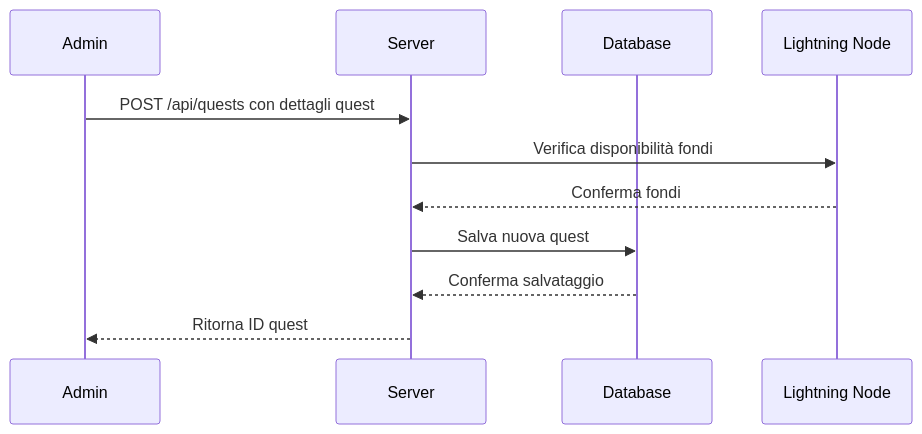
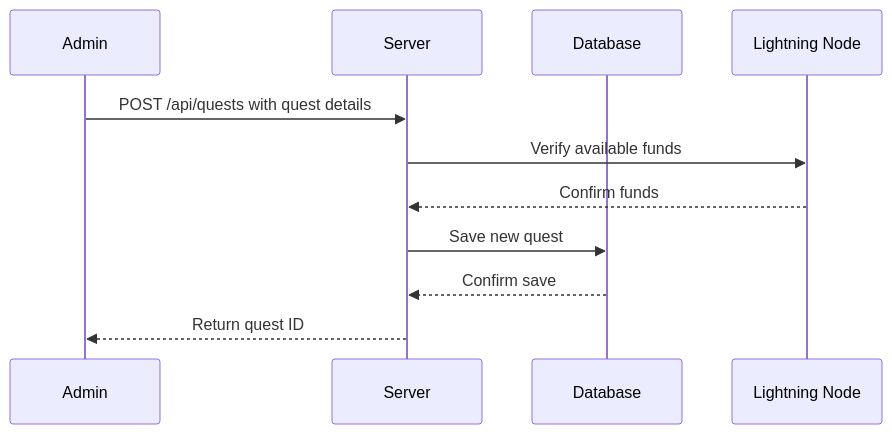
The first of 4 diagrams in README.md (ElysiumLab/plan-b-tech-school-assignment), drawn with Mermaid before and after one commit. The commit also changed other lines of this file and 1 other file, not shown here.

````diff
--- a/README.md
+++ b/README.md
@@ -24,14 +24,14 @@
 ```mermaid
 sequenceDiagram
     participant A as Admin
     participant S as Server
     participant DB as Database
     participant LN as Lightning Node
 
-    A->>S: POST /api/quests con dettagli quest
-    S->>LN: Verifica disponibilità fondi
-    LN-->>S: Conferma fondi
-    S->>DB: Salva nuova quest
-    DB-->>S: Conferma salvataggio
-    S-->>A: Ritorna ID quest
+    A->>S: POST /api/quests with quest details
+    S->>LN: Verify available funds
+    LN-->>S: Confirm funds
+    S->>DB: Save new quest
+    DB-->>S: Confirm save
+    S-->>A: Return quest ID
 ```
````
